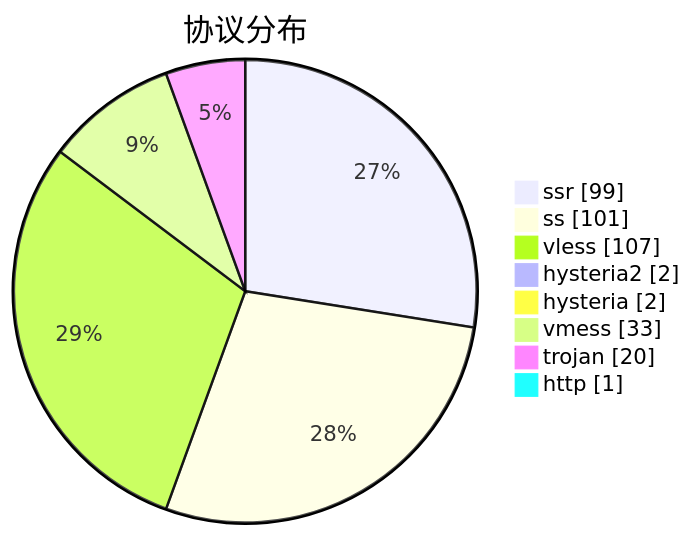
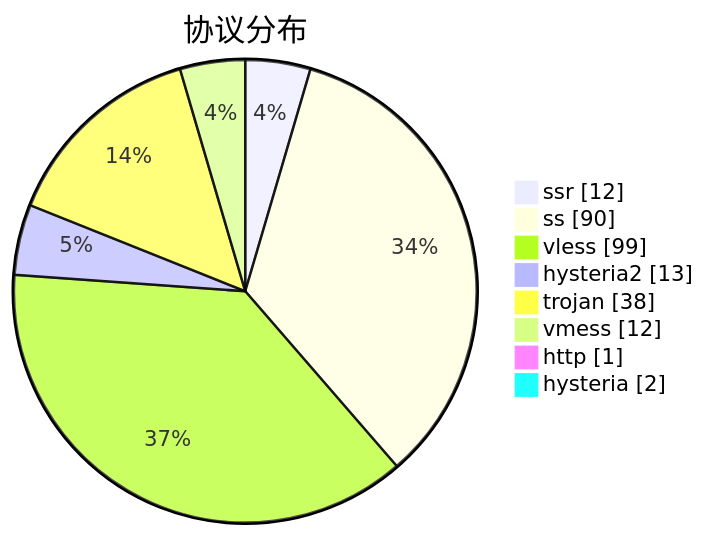
The third of 3 diagrams in subs/statistics/tested_within.md (sinspired/airport), drawn with Mermaid before and after one commit. The commit also changed other lines of this file and 2 other files, not shown here.

````diff
--- a/subs/statistics/tested_within.md
+++ b/subs/statistics/tested_within.md
@@ -55,12 +40,12 @@
 ```mermaid
 pie showData
 title 协议分布
-"ssr" : 99
-"ss" : 101
-"vless" : 107
-"hysteria2" : 2
+"ssr" : 12
+"ss" : 90
+"vless" : 99
+"hysteria2" : 13
+"trojan" : 38
+"vmess" : 12
+"http" : 1
 "hysteria" : 2
-"vmess" : 33
-"trojan" : 20
-"http" : 1
 ```
````
